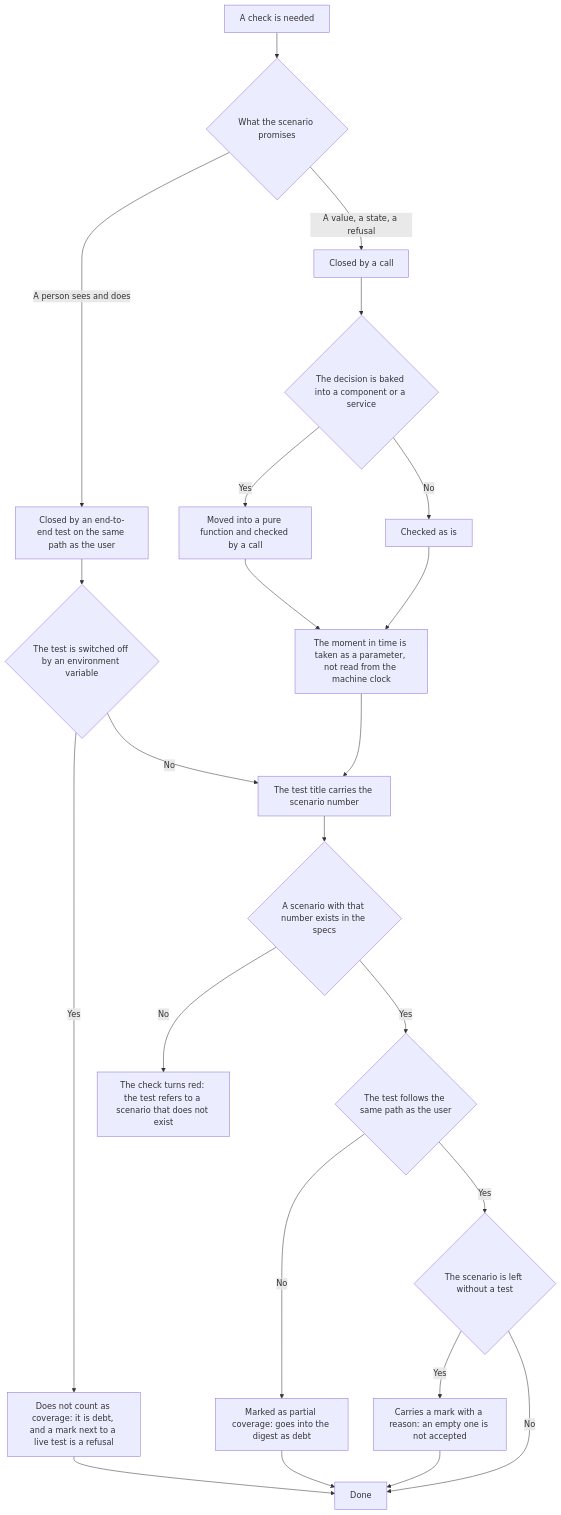
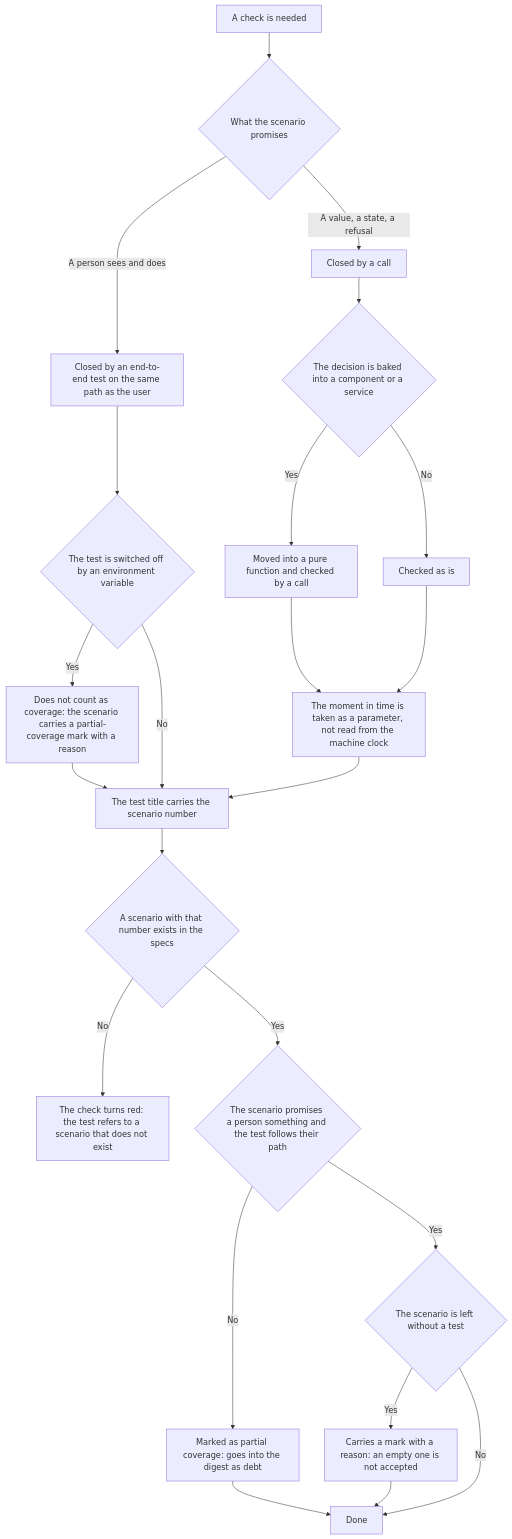
Before and after one commit to Eyhenij/rt-tools: the diagram in .claude/skills/testing/SKILL.md, drawn with Mermaid. The commit also changed other lines of this file and 16 other files, not shown here.

````diff
--- a/.claude/skills/testing/SKILL.md
+++ b/.claude/skills/testing/SKILL.md
@@ -40,25 +40,25 @@
 ```mermaid
 flowchart TD
     A[A check is needed] --> B{What the scenario promises}
     B -->|A person sees and does| C[Closed by an end-to-end test on the same path as the user]
     B -->|A value, a state, a refusal| D[Closed by a call]
     D --> E{The decision is baked into a component or a service}
     E -->|Yes| F[Moved into a pure function and checked by a call]
     E -->|No| G[Checked as is]
     F --> H[The moment in time is taken as a parameter, not read from the machine clock]
     G --> H
     C --> I{The test is switched off by an environment variable}
-    I -->|Yes| J[Does not count as coverage: it is debt, and a mark next to a live test is a refusal]
+    I -->|Yes| J[Does not count as coverage: the scenario carries a partial-coverage mark with a reason]
     I -->|No| K[The test title carries the scenario number]
     H --> K
     K --> P{A scenario with that number exists in the specs}
     P -->|No| Q[The check turns red: the test refers to a scenario that does not exist]
-    P -->|Yes| R{The test follows the same path as the user}
+    P -->|Yes| R{The scenario promises a person something and the test follows their path}
     R -->|No| S[Marked as partial coverage: goes into the digest as debt]
     R -->|Yes| L{The scenario is left without a test}
     L -->|Yes| M[Carries a mark with a reason: an empty one is not accepted]
     L -->|No| N[Done]
     S --> N
     M --> N
-    J --> N
+    J --> K
 ```
````
